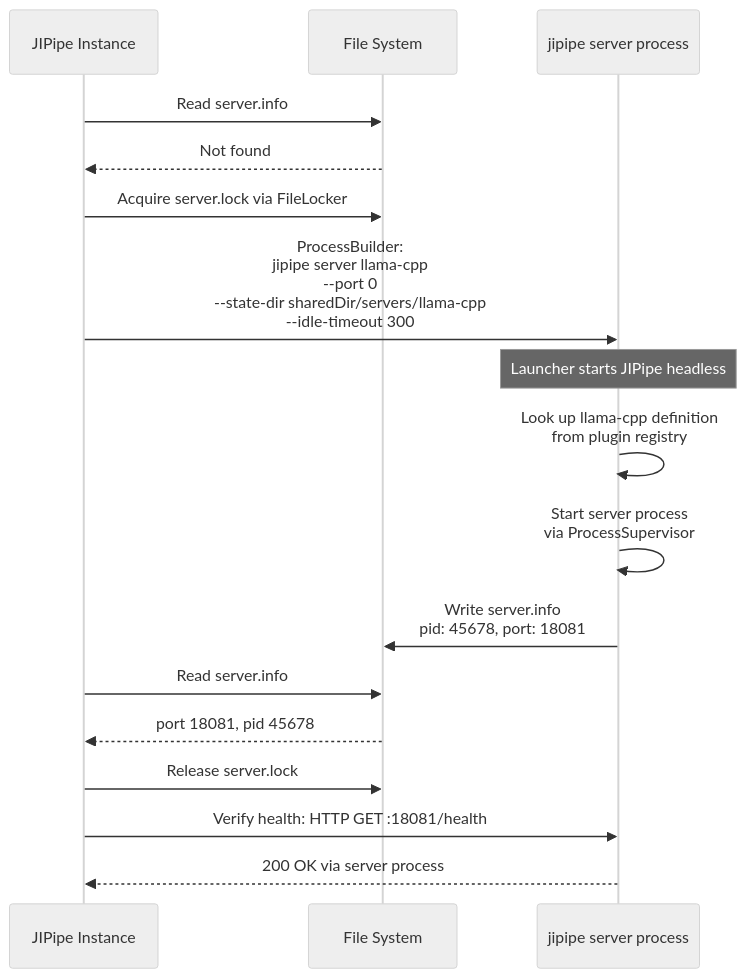
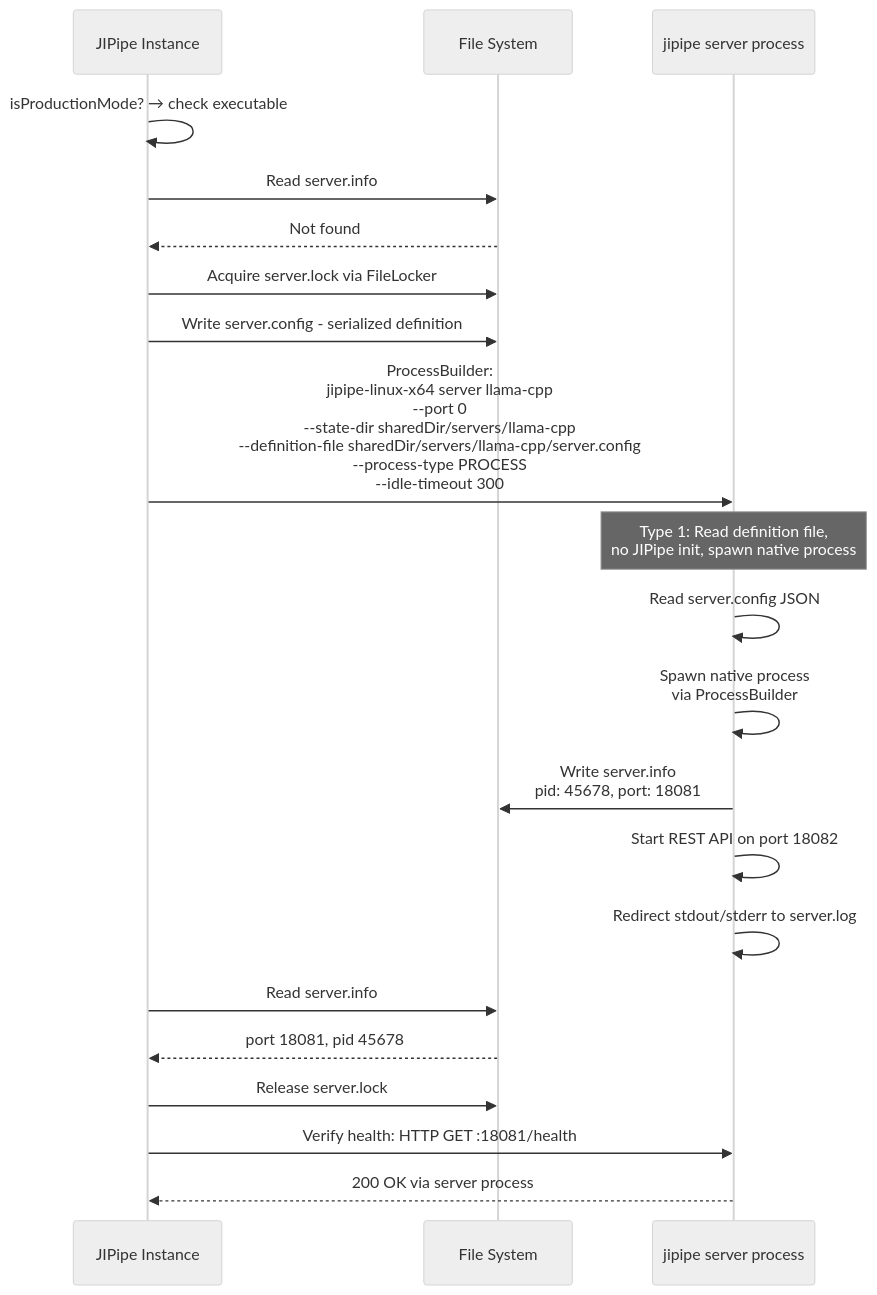
Before and after one commit to applied-systems-biology/jipipe: the ninth of 12 diagrams in docs/plan-external-server-processes.md, drawn with Mermaid (neutral theme). The commit also changed other lines of this file, not shown here.

Commit message:
External server processes implementation plan

````diff
--- a/docs/plan-external-server-processes.md
+++ b/docs/plan-external-server-processes.md
@@ -1072,20 +1531,24 @@
 ```mermaid
 sequenceDiagram
     participant JIPipe as JIPipe Instance
     participant FS as File System
     participant Launcher as jipipe server process
 
+    JIPipe->>JIPipe: isProductionMode? → check executable
     JIPipe->>FS: Read server.info
     FS-->>JIPipe: Not found
     JIPipe->>FS: Acquire server.lock via FileLocker
-    JIPipe->>Launcher: ProcessBuilder:<br/>jipipe server llama-cpp<br/>--port 0<br/>--state-dir sharedDir/servers/llama-cpp<br/>--idle-timeout 300
-    Note over Launcher: Launcher starts JIPipe headless
-    Launcher->>Launcher: Look up llama-cpp definition<br/>from plugin registry
-    Launcher->>Launcher: Start server process<br/>via ProcessSupervisor
+    JIPipe->>FS: Write server.config - serialized definition
+    JIPipe->>Launcher: ProcessBuilder:<br/>jipipe-linux-x64 server llama-cpp<br/>--port 0<br/>--state-dir sharedDir/servers/llama-cpp<br/>--definition-file sharedDir/servers/llama-cpp/server.config<br/>--process-type PROCESS<br/>--idle-timeout 300
+    Note over Launcher: Type 1: Read definition file,<br/>no JIPipe init, spawn native process
+    Launcher->>Launcher: Read server.config JSON
+    Launcher->>Launcher: Spawn native process<br/>via ProcessBuilder
     Launcher->>FS: Write server.info<br/>pid: 45678, port: 18081
+    Launcher->>Launcher: Start REST API on port 18082
+    Launcher->>Launcher: Redirect stdout/stderr to server.log
     JIPipe->>FS: Read server.info
     FS-->>JIPipe: port 18081, pid 45678
     JIPipe->>FS: Release server.lock
     JIPipe->>Launcher: Verify health: HTTP GET :18081/health
     Launcher-->>JIPipe: 200 OK via server process
 ```
````
